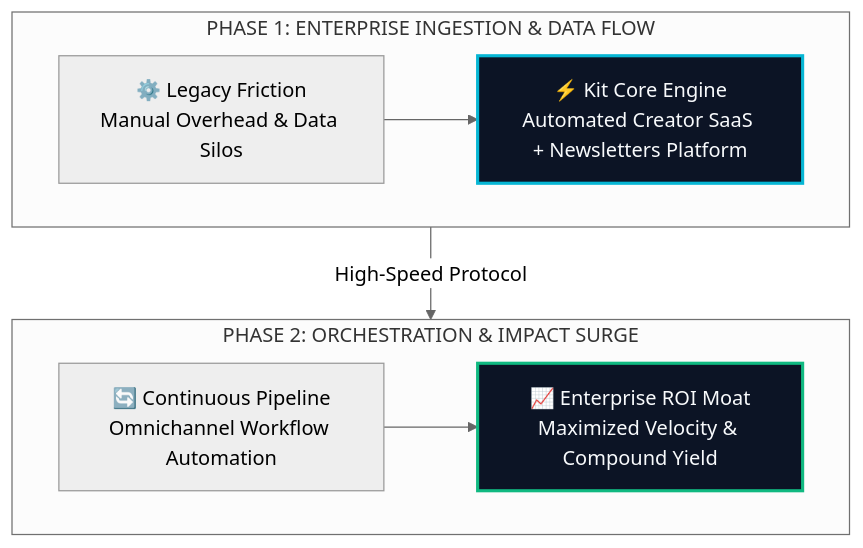
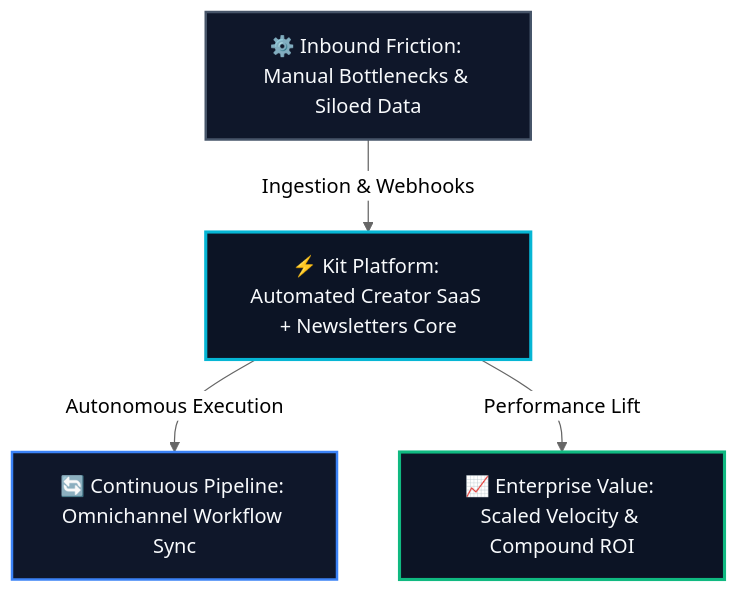
Before and after one commit to heliatech-media/saas-radar: the diagram in site/src/content/blog/kit-evolution-guide-2026.md, drawn with Mermaid (neutral theme). The commit also changed 93 other files, not shown here.

First line of the commit message:
fix(diagrams): resolve dagre-d3 subgraph collision by migrating to balanced 3-tier Hub & Spoke architecture

````diff
--- a/site/src/content/blog/kit-evolution-guide-2026.md
+++ b/site/src/content/blog/kit-evolution-guide-2026.md
@@ -50,14 +50,14 @@
 ```mermaid
 flowchart TD
-    subgraph S1["PHASE 1: ENTERPRISE INGESTION & DATA FLOW"]
-        direction LR
-        A["⚙️ Legacy Friction<br/>Manual Overhead & Data Silos"] --> B["⚡ Kit Core Engine<br/>Automated Creator SaaS + Newsletters Platform"]
-    end
-    subgraph S2["PHASE 2: ORCHESTRATION & IMPACT SURGE"]
-        direction LR
-        C["🔄 Continuous Pipeline<br/>Omnichannel Workflow Automation"] --> D["📈 Enterprise ROI Moat<br/>Maximized Velocity & Compound Yield"]
-    end
-    S1 -->|High-Speed Protocol| S2
-    style B fill:#0c1425,stroke:#06b6d4,stroke-width:2.5px,color:#f8fafc
-    style D fill:#0c1425,stroke:#10b981,stroke-width:2.5px,color:#f8fafc
+    Inp["⚙️ Inbound Friction: Manual Bottlenecks & Siloed Data"]
+    Eng["⚡ Kit Platform: Automated Creator SaaS + Newsletters Core"]
+    Out1["🔄 Continuous Pipeline: Omnichannel Workflow Sync"]
+    Out2["📈 Enterprise Value: Scaled Velocity & Compound ROI"]
+    Inp -->|Ingestion & Webhooks| Eng
+    Eng -->|Autonomous Execution| Out1
+    Eng -->|Performance Lift| Out2
+    style Inp fill:#0f172a,stroke:#475569,stroke-width:2px,color:#f8fafc
+    style Eng fill:#0c1425,stroke:#06b6d4,stroke-width:2.5px,color:#f8fafc
+    style Out1 fill:#0f172a,stroke:#3b82f6,stroke-width:2px,color:#f8fafc
+    style Out2 fill:#0c1425,stroke:#10b981,stroke-width:2.5px,color:#f8fafc
 ```
````
